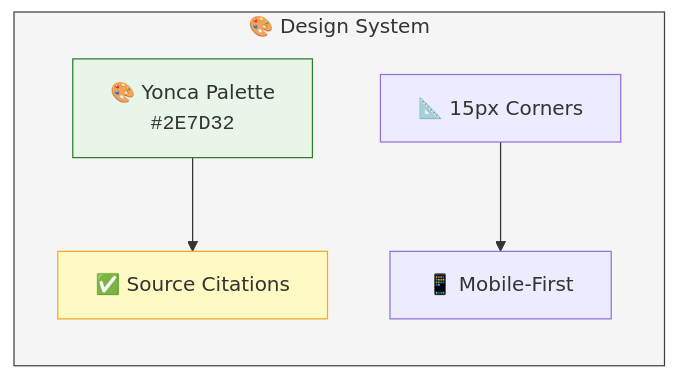
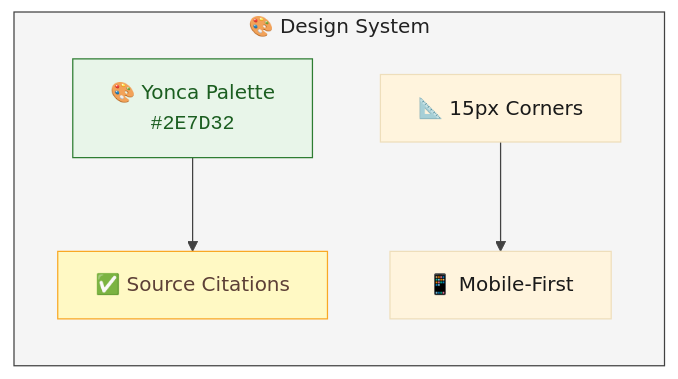
One commit to Px8Studio/yonja changed the fifth of 8 diagrams in docs/zekalab/01-MANIFESTO.md. Above: the diagram before and after it, drawn with Mermaid. The commit also changed other lines of this file and 2 other files, not shown here.

Commit message:
Refine styling in architecture diagrams for improved clarity and consistency

````diff
--- a/docs/zekalab/01-MANIFESTO.md
+++ b/docs/zekalab/01-MANIFESTO.md
@@ -160,16 +163,17 @@
 ```mermaid
+%%{init: {'theme': 'base', 'themeVariables': { 'primaryTextColor': '#1a1a1a', 'lineColor': '#424242'}}}%%
 graph LR
     subgraph design["🎨 Design System"]
         color["🎨 Yonca Palette<br/><code>#2E7D32</code>"]
         radius["📐 15px Corners"]
         trust["✅ Source Citations"]
         mobile["📱 Mobile-First"]
     end
     
     color --> trust
     radius --> mobile
     
-    style design fill:#f5f5f5,stroke:#424242
-    style color fill:#e8f5e9,stroke:#2e7d32
-    style trust fill:#fff9c4,stroke:#f9a825
+    style design fill:#f5f5f5,stroke:#424242,color:#212121
+    style color fill:#e8f5e9,stroke:#2e7d32,color:#1b5e20
+    style trust fill:#fff9c4,stroke:#f9a825,color:#5d4037
 ```
````
